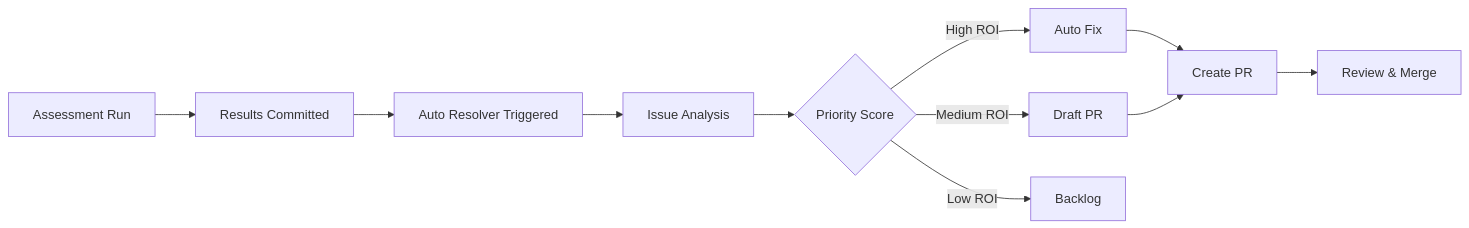
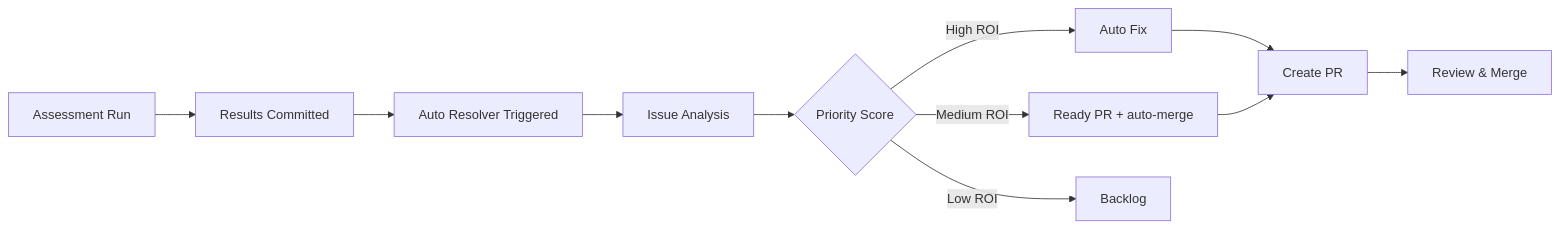
Before and after one commit to D-sorganization/Tools: the diagram in docs/ci-cd/AUTO_ISSUE_RESOLVER.md, drawn with Mermaid. The commit also changed other lines of this file and 7 other files, not shown here.

First line of the commit message:
chore: remove Dieter CODEOWNERS and document ready PR auto-merge

````diff
--- a/docs/ci-cd/AUTO_ISSUE_RESOLVER.md
+++ b/docs/ci-cd/AUTO_ISSUE_RESOLVER.md
@@ -154,13 +154,13 @@
 ```mermaid
 graph LR
     A[Assessment Run] --> B[Results Committed]
     B --> C[Auto Resolver Triggered]
     C --> D[Issue Analysis]
     D --> E{Priority Score}
     E -->|High ROI| F[Auto Fix]
-    E -->|Medium ROI| G[Draft PR]
+    E -->|Medium ROI| G[Ready PR + auto-merge]
     E -->|Low ROI| H[Backlog]
     F --> I[Create PR]
     G --> I
     I --> J[Review & Merge]
 ```
````
